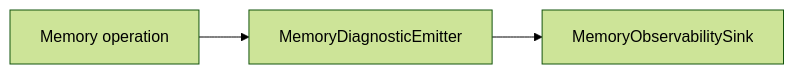
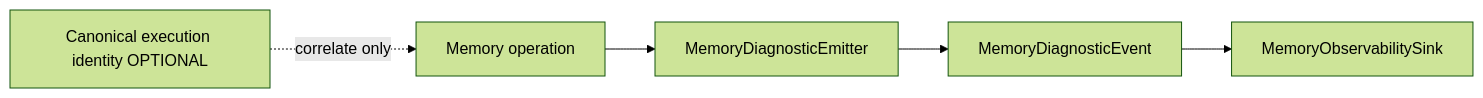
Before and after one commit to jakbuczarnecki/intergrax: diagram 16 of 18 in docs/project/architecture/MEMORY_ARCHITECTURE_DIAGRAMS.md, drawn with Mermaid (forest theme). The commit also changed other lines of this file and 7 other files, not shown here.

````diff
--- a/docs/project/architecture/MEMORY_ARCHITECTURE_DIAGRAMS.md
+++ b/docs/project/architecture/MEMORY_ARCHITECTURE_DIAGRAMS.md
@@ -359,8 +359,11 @@
 ```mermaid
 flowchart LR
+    EI[Canonical execution identity OPTIONAL]
     OP[Memory operation]
+    EV[MemoryDiagnosticEvent]
     EM[MemoryDiagnosticEmitter]
     SK[MemoryObservabilitySink]
 
-    OP --> EM --> SK
+    EI -.->|correlate only| OP
+    OP --> EM --> EV --> SK
 ```
````
